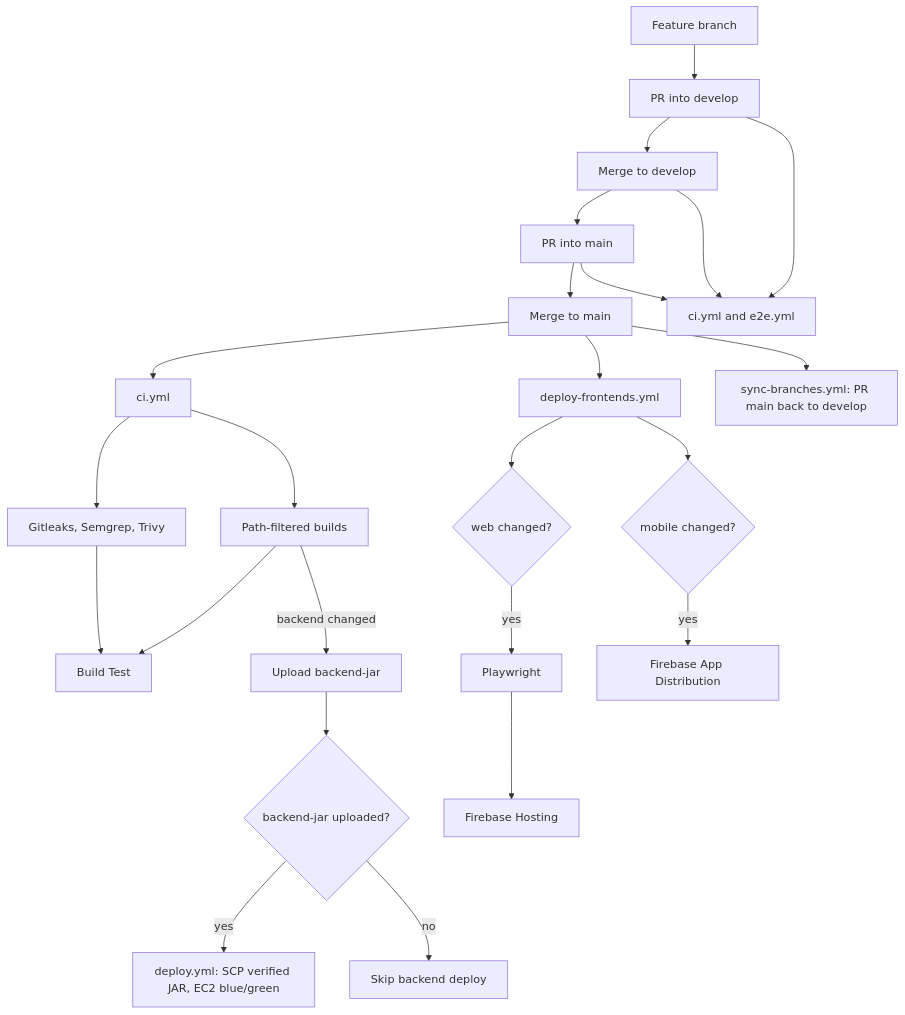
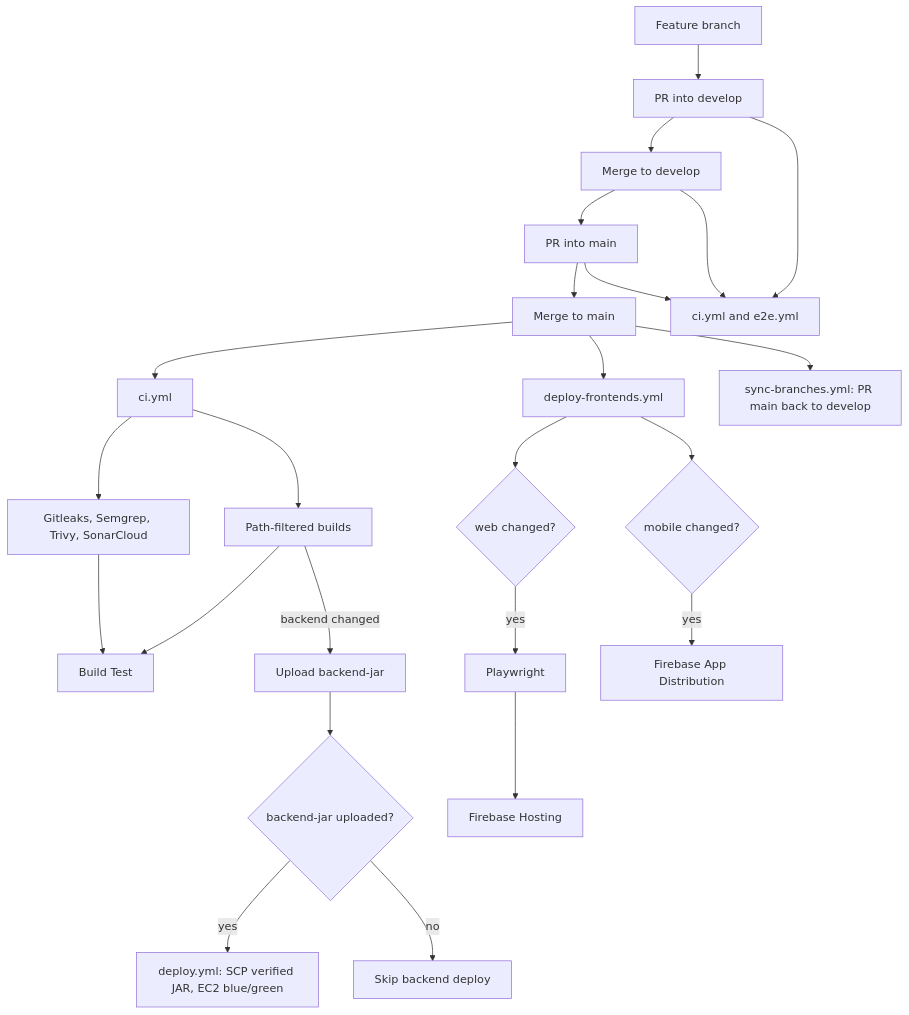
The diagram in CICD-PIPELINE.md (CanMakan-Team/CanMakan), drawn with Mermaid before and after one commit. The commit also changed other lines of this file and 7 other files, not shown here.

Commit message:
Wire SonarCloud into path-filtered CI and upload JaCoCo/Vitest/Android unit-test coverage.

````diff
--- a/CICD-PIPELINE.md
+++ b/CICD-PIPELINE.md
@@ -98,30 +103,30 @@
 ```mermaid
 flowchart TD
   F[Feature branch] --> PRD[PR into develop]
   PRD --> D[Merge to develop]
   D --> PRM[PR into main]
   PRM --> M[Merge to main]
 
   PRD --> CHK[ci.yml and e2e.yml]
   D --> CHK
   PRM --> CHK
 
   M --> CI[ci.yml]
-  CI --> S[Gitleaks, Semgrep, Trivy]
+  CI --> S[Gitleaks, Semgrep, Trivy, SonarCloud]
   CI --> B[Path-filtered builds]
   S --> G[Build Test]
   B --> G
   B -->|backend changed| JAR[Upload backend-jar]
   JAR --> Q{backend-jar uploaded?}
   Q -->|yes| BE[deploy.yml: SCP verified JAR, EC2 blue/green]
   Q -->|no| SK[Skip backend deploy]
 
   M --> FE[deploy-frontends.yml]
   FE --> W{web changed?}
   W -->|yes| PW[Playwright]
   PW --> FB[Firebase Hosting]
   FE --> A{mobile changed?}
   A -->|yes| APK[Firebase App Distribution]
 
   M --> SY[sync-branches.yml: PR main back to develop]
 ```
````
